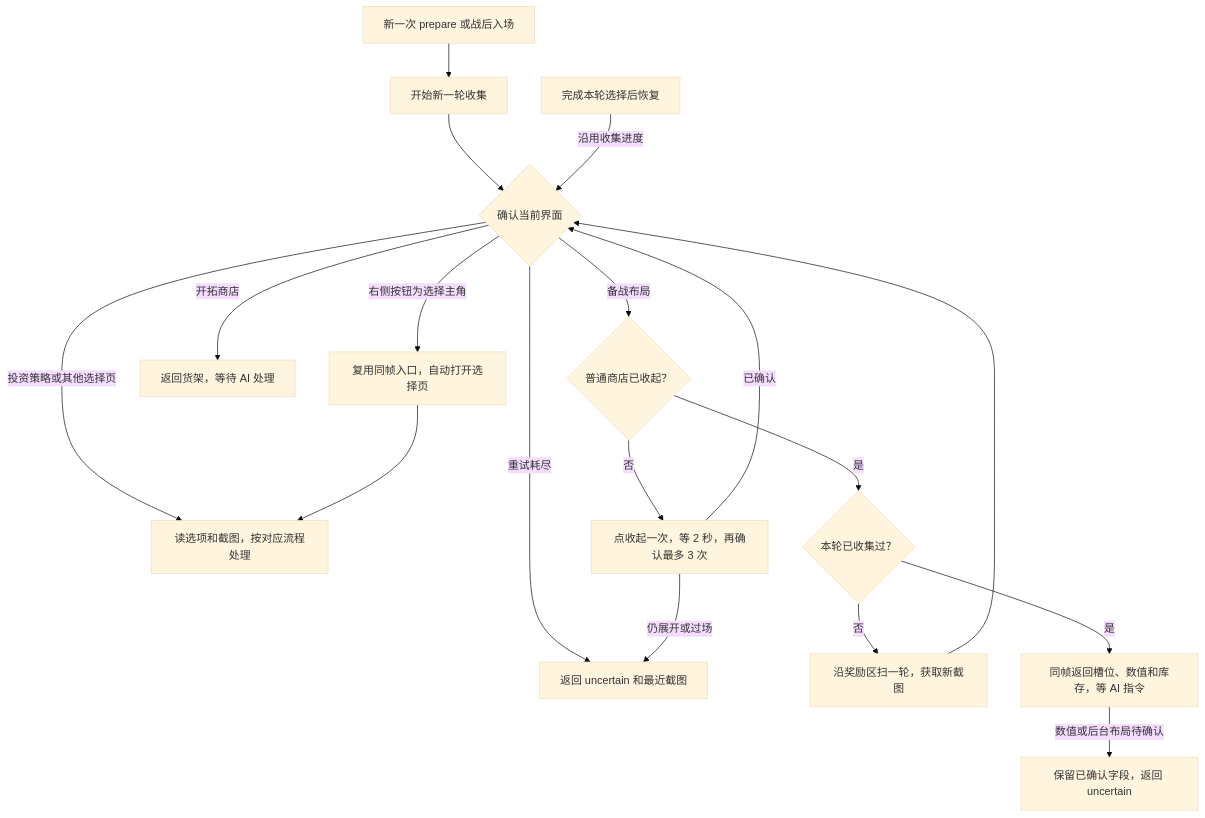
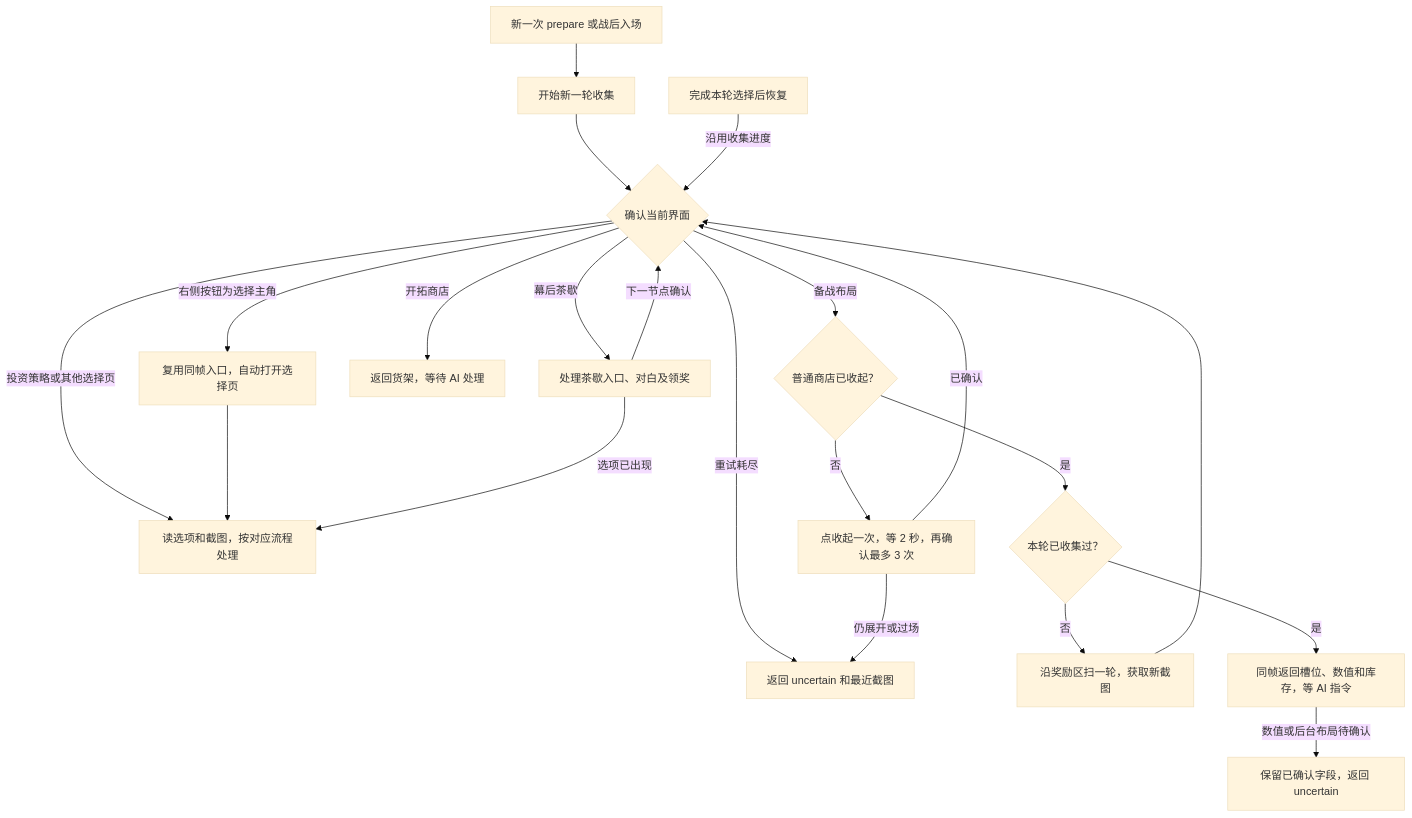
Before and after one commit to 23swccp/CurrencyWarsKit: the second of 4 diagrams in design/prepare.md, drawn with Mermaid (base theme). The commit also changed other lines of this file and 56 other files, not shown here.

````diff
--- a/design/prepare.md
+++ b/design/prepare.md
@@ -28,20 +28,23 @@
 ```mermaid
 flowchart TD
     Start["新一次 prepare 或战后入场"] --> Reset["开始新一轮收集"]
     Reset --> Scene
     Resume["完成本轮选择后恢复"] -->|沿用收集进度| Scene{"确认当前界面"}
     Scene -->|投资策略或其他选择页| Choice["读选项和截图，按对应流程处理"]
     Scene -->|右侧按钮为选择主角| OpenHero["复用同帧入口，自动打开选择页"]
     OpenHero --> Choice
+    Scene -->|幕后茶歇| Tea["处理茶歇入口、对白及领奖"]
+    Tea -->|选项已出现| Choice
+    Tea -->|下一节点确认| Scene
     Scene -->|开拓商店| Trail["返回货架，等待 AI 处理"]
     Scene -->|备战布局| Shop{"普通商店已收起？"}
     Scene -->|重试耗尽| Pending["返回 uncertain 和最近截图"]
     Shop -->|否| Close["点收起一次，等 2 秒，再确认最多 3 次"]
     Close -->|已确认| Scene
     Close -->|仍展开或过场| Pending
     Shop -->|是| Done{"本轮已收集过？"}
     Done -->|否| Sweep["沿奖励区扫一轮，获取新截图"]
     Sweep --> Scene
     Done -->|是| Observe["同帧返回槽位、数值和库存，等 AI 指令"]
     Observe -->|数值或后台布局待确认| Partial["保留已确认字段，返回 uncertain"]
 ```
````
